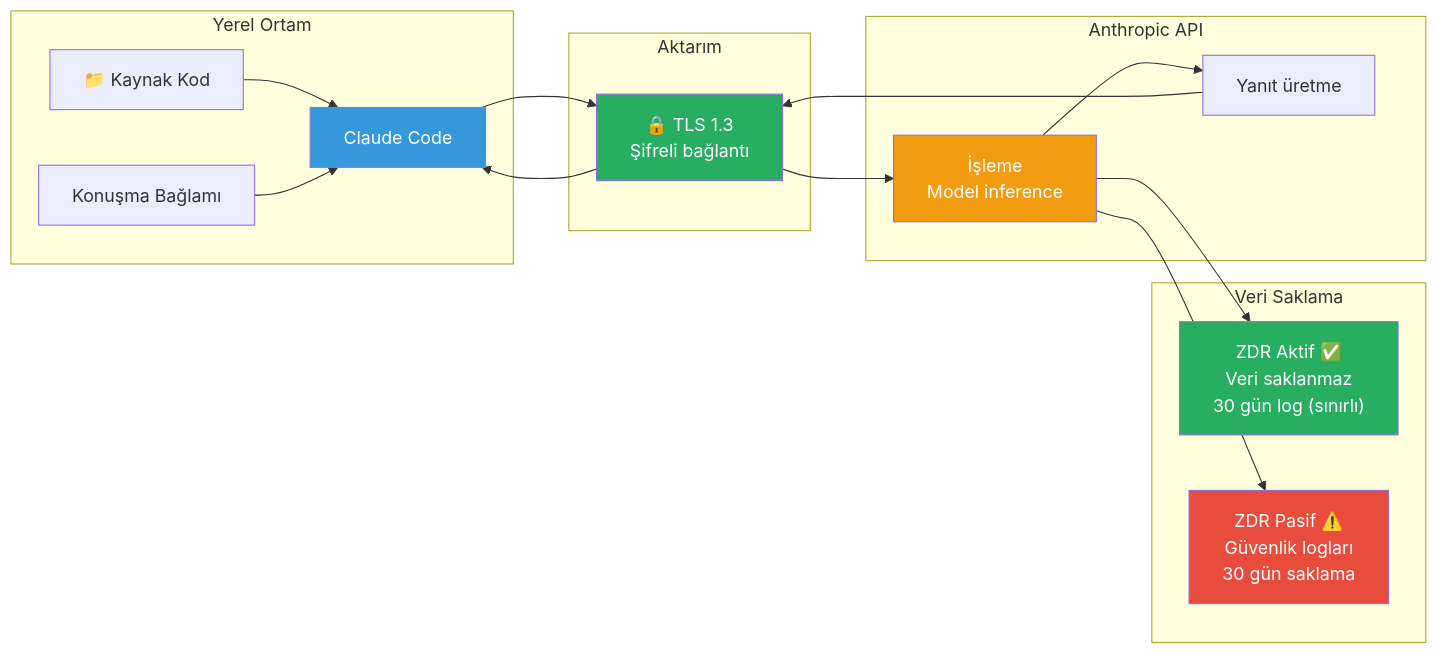
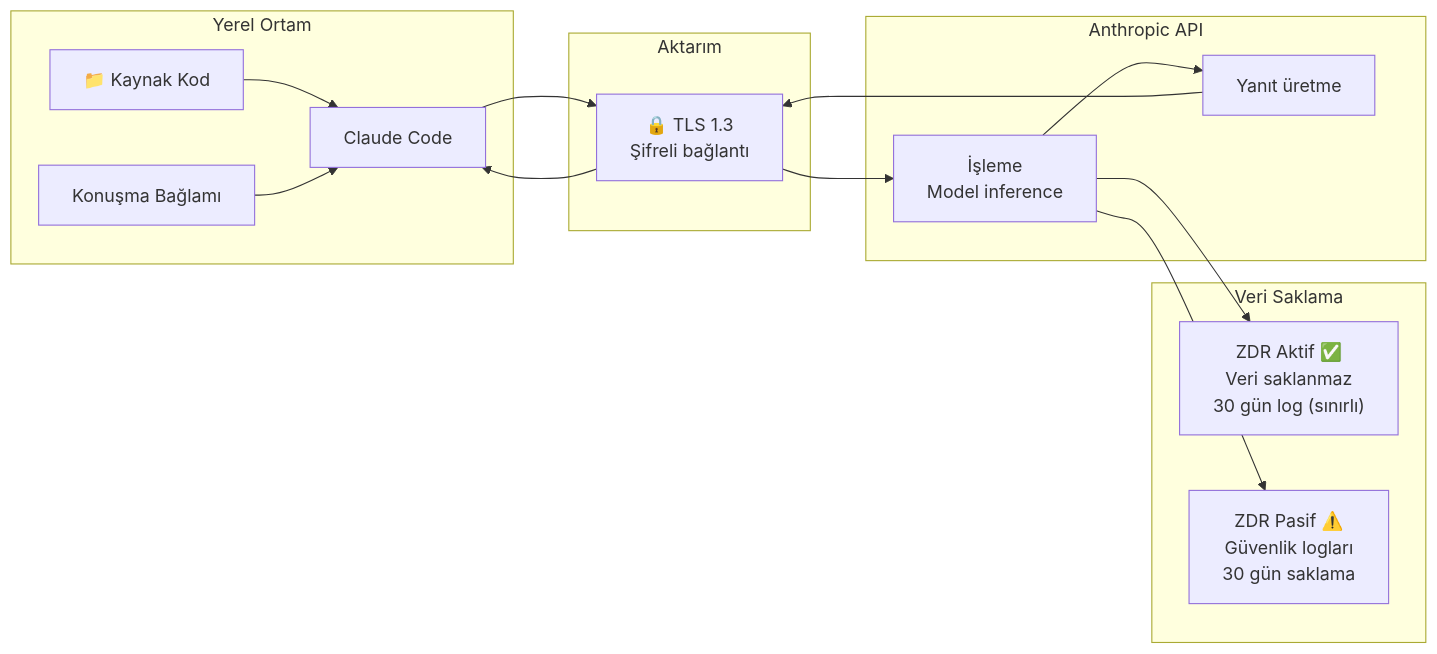
One commit to IzzetYasinAtes/ClaudeCodeHandbook changed the first of 6 diagrams in 18-kurumsal-kullanim/08-veri-guvenligi-ve-zdr.md. Above: the diagram before and after it, drawn with Mermaid. The commit also changed other lines of this file and 97 other files, not shown here.

Commit message:
Remove all custom Mermaid style/fill colors from 98 markdown files for consistent dark theme rendering

````diff
--- a/18-kurumsal-kullanim/08-veri-guvenligi-ve-zdr.md
+++ b/18-kurumsal-kullanim/08-veri-guvenligi-ve-zdr.md
@@ -19,39 +19,34 @@
 ```mermaid
 flowchart LR
     subgraph local ["Yerel Ortam"]
         CC["Claude Code"]
         CODE["📁 Kaynak Kod"]
         CONTEXT["Konuşma Bağlamı"]
     end
 
     subgraph transit ["Aktarım"]
         TLS["🔒 TLS 1.3<br/>Şifreli bağlantı"]
     end
 
     subgraph api ["Anthropic API"]
         PROCESS["İşleme<br/>Model inference"]
         RESPONSE["Yanıt üretme"]
     end
 
     subgraph storage ["Veri Saklama"]
         ZDR_ON["ZDR Aktif ✅<br/>Veri saklanmaz<br/>30 gün log (sınırlı)"]
         ZDR_OFF["ZDR Pasif ⚠️<br/>Güvenlik logları<br/>30 gün saklama"]
     end
 
     CODE --> CC
     CONTEXT --> CC
     CC --> TLS
     TLS --> PROCESS
     PROCESS --> RESPONSE
     RESPONSE --> TLS
     TLS --> CC
 
     PROCESS --> ZDR_ON
     PROCESS --> ZDR_OFF
 
-    style CC fill:#3498DB,color:#fff
-    style TLS fill:#27AE60,color:#fff
-    style PROCESS fill:#F39C12,color:#fff
-    style ZDR_ON fill:#27AE60,color:#fff
-    style ZDR_OFF fill:#E74C3C,color:#fff
 ```
````
